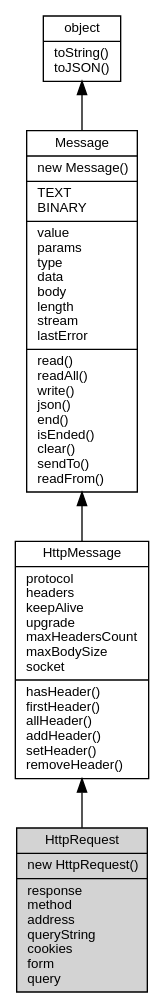
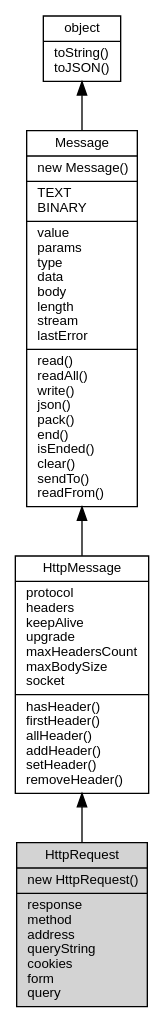
The diagram in docs/manual/object/ifs/HttpRequest.md (fibjs/fibjs.org), drawn with Graphviz before and after one commit. The commit also changed other lines of this file and 49 other files, not shown here.

````diff
--- a/docs/manual/object/ifs/HttpRequest.md
+++ b/docs/manual/object/ifs/HttpRequest.md
@@ -5,14 +5,14 @@
 ```dot
 digraph {
     node [fontname="Helvetica,sans-Serif", fontsize=10, shape="record", style="filled", fillcolor="white"];
 
     object [tooltip="object", URL="object.md", label="{object|toString()\ltoJSON()\l}"];
-    Message [tooltip="Message", URL="Message.md", label="{Message|new Message()\l|TEXT\lBINARY\l|value\lparams\ltype\ldata\lbody\llength\lstream\llastError\l|read()\lreadAll()\lwrite()\ljson()\lend()\lisEnded()\lclear()\lsendTo()\lreadFrom()\l}"];
+    Message [tooltip="Message", URL="Message.md", label="{Message|new Message()\l|TEXT\lBINARY\l|value\lparams\ltype\ldata\lbody\llength\lstream\llastError\l|read()\lreadAll()\lwrite()\ljson()\lpack()\lend()\lisEnded()\lclear()\lsendTo()\lreadFrom()\l}"];
     HttpMessage [tooltip="HttpMessage", URL="HttpMessage.md", label="{HttpMessage|protocol\lheaders\lkeepAlive\lupgrade\lmaxHeadersCount\lmaxBodySize\lsocket\l|hasHeader()\lfirstHeader()\lallHeader()\laddHeader()\lsetHeader()\lremoveHeader()\l}"];
     HttpRequest [tooltip="HttpRequest", fillcolor="lightgray", id="me", label="{HttpRequest|new HttpRequest()\l|response\lmethod\laddress\lqueryString\lcookies\lform\lquery\l}"];
 
     object -> Message [dir=back];
     Message -> HttpMessage [dir=back];
     HttpMessage -> HttpRequest [dir=back];
 }
 ```
````
